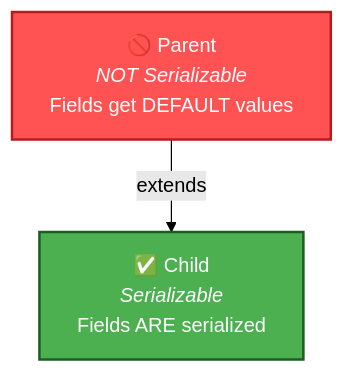
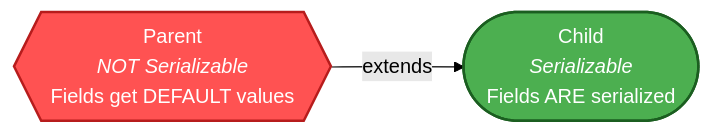
Before and after one commit to saivamsikaruturi/vamsilabs-dev-notes-main: the second of 2 diagrams in docs/java/Serialization.md, drawn with Mermaid (forest theme). The commit also changed other lines of this file and 146 other files, not shown here.

Commit message:
Horizontal diagrams, UML class diagrams, typography overhaul, and permalink cleanup

````diff
--- a/docs/java/Serialization.md
+++ b/docs/java/Serialization.md
@@ -200,9 +200,9 @@
 ```mermaid
-graph TD
-    Parent["🚫 Parent<br/><i>NOT Serializable</i><br/>Fields get DEFAULT values"]
-    Child["✅ Child<br/><i>Serializable</i><br/>Fields ARE serialized"]
+flowchart LR
+    Parent{{"Parent<br/><i>NOT Serializable</i><br/>Fields get DEFAULT values"}}
+    Child(["Child<br/><i>Serializable</i><br/>Fields ARE serialized"])
     Parent -->|extends| Child
 
     style Parent fill:#FF5252,color:#fff,stroke:#B71C1C,stroke-width:2px
     style Child fill:#4CAF50,color:#fff,stroke:#1B5E20,stroke-width:2px
 ```
````
